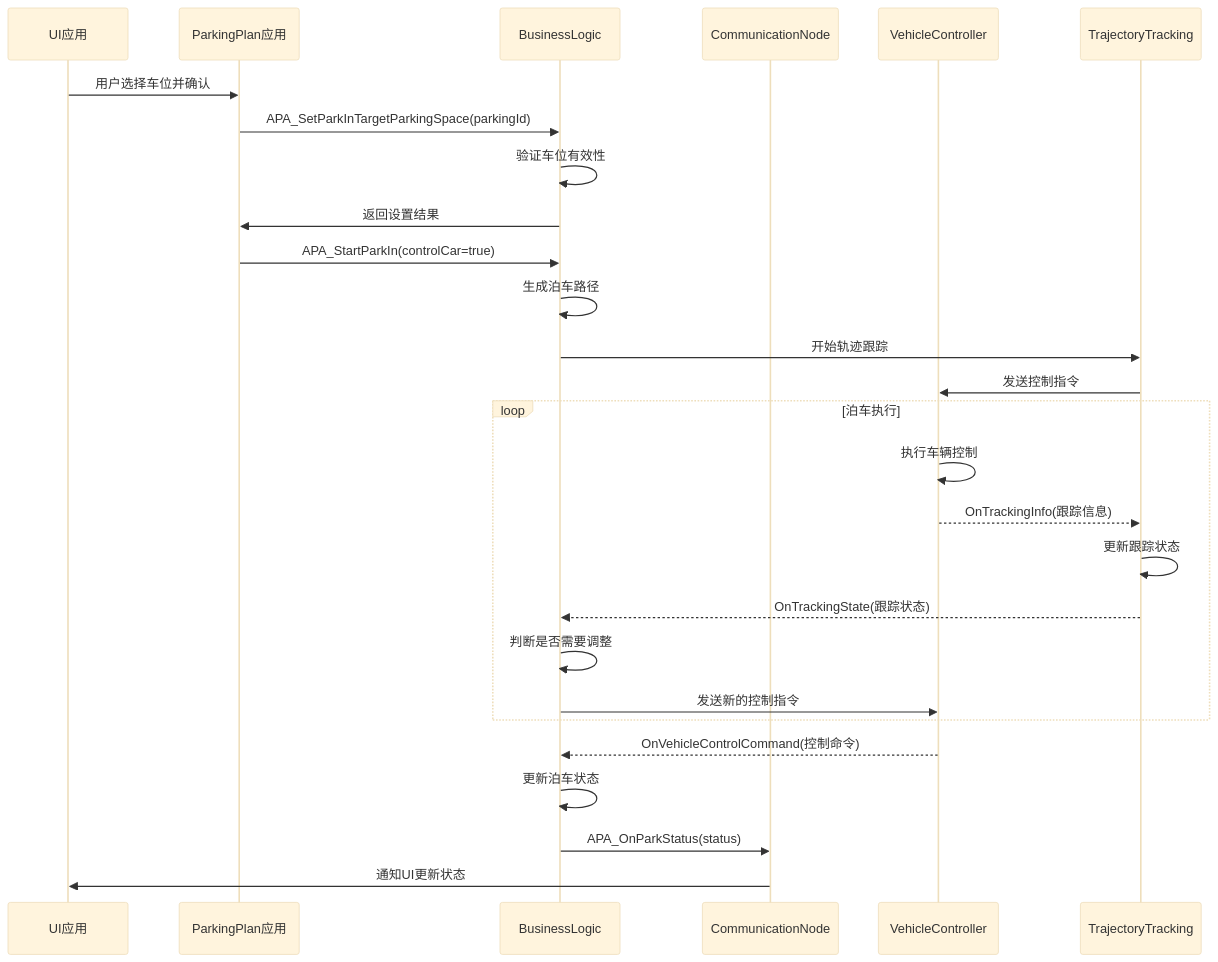
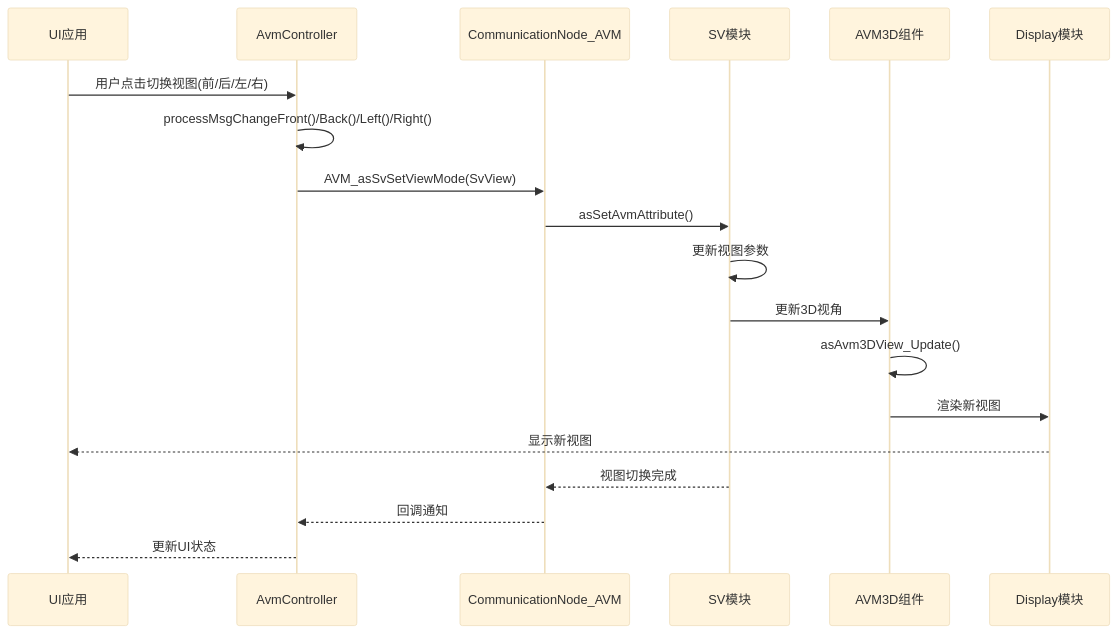
One commit to wangye311/AVM changed the fifth of 9 diagrams in 项目架构图.md. Above: the diagram before and after it, drawn with Mermaid (base theme). The commit also changed other lines of this file, not shown here.

````diff
--- a/项目架构图.md
+++ b/项目架构图.md
@@ -601,33 +296,22 @@
 ```mermaid
 sequenceDiagram
     participant UI as UI应用
-    participant Plan as ParkingPlan应用
-    participant BL as BusinessLogic
-    participant Comm as CommunicationNode
-    participant VC as VehicleController
-    participant Track as TrajectoryTracking
+    participant AC as AvmController
+    participant CN as CommunicationNode_AVM
+    participant SV as SV模块
+    participant AVM3D as AVM3D组件
+    participant Display as Display模块
     
-    UI->>Plan: 用户选择车位并确认
-    Plan->>BL: APA_SetParkInTargetParkingSpace(parkingId)
-    BL->>BL: 验证车位有效性
-    BL->>Plan: 返回设置结果
-    
-    Plan->>BL: APA_StartParkIn(controlCar=true)
-    BL->>BL: 生成泊车路径
-    BL->>Track: 开始轨迹跟踪
-    Track->>VC: 发送控制指令
-    
-    loop 泊车执行
-        VC->>VC: 执行车辆控制
-        VC-->>Track: OnTrackingInfo(跟踪信息)
-        Track->>Track: 更新跟踪状态
-        Track-->>BL: OnTrackingState(跟踪状态)
-        BL->>BL: 判断是否需要调整
-        BL->>VC: 发送新的控制指令
-    end
-    
-    VC-->>BL: OnVehicleControlCommand(控制命令)
-    BL->>BL: 更新泊车状态
-    BL->>Comm: APA_OnParkStatus(status)
-    Comm->>UI: 通知UI更新状态
+    UI->>AC: 用户点击切换视图(前/后/左/右)
+    AC->>AC: processMsgChangeFront()/Back()/Left()/Right()
+    AC->>CN: AVM_asSvSetViewMode(SvView)
+    CN->>SV: asSetAvmAttribute()
+    SV->>SV: 更新视图参数
+    SV->>AVM3D: 更新3D视角
+    AVM3D->>AVM3D: asAvm3DView_Update()
+    AVM3D->>Display: 渲染新视图
+    Display-->>UI: 显示新视图
+    SV-->>CN: 视图切换完成
+    CN-->>AC: 回调通知
+    AC-->>UI: 更新UI状态
 ```
````
